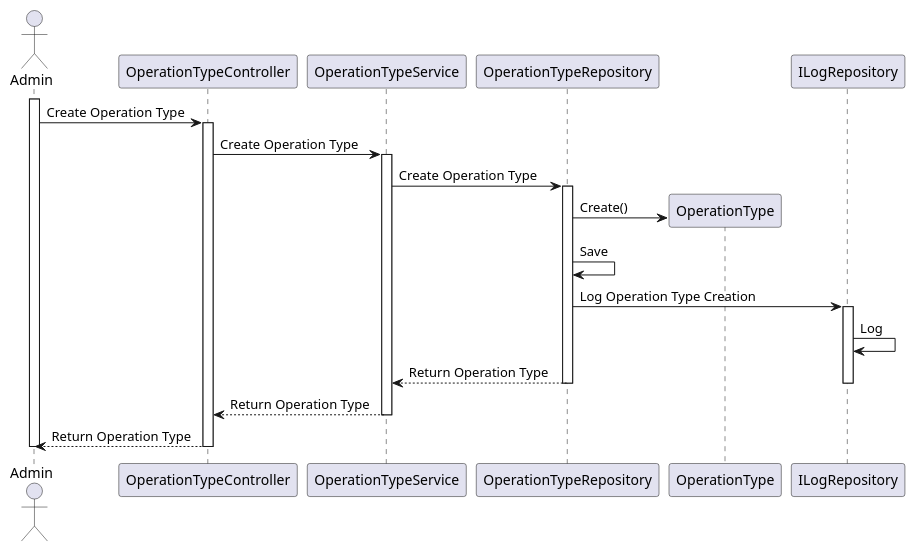
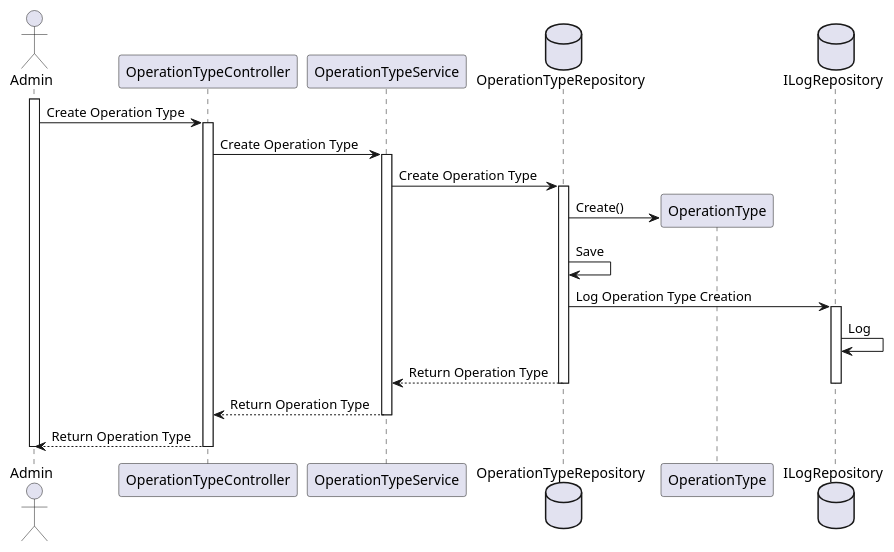
The diagram in docs/membros/1221276/US20-Level-3-View.puml (andredsferreira/p5sem-3dj-g59), drawn with PlantUML before and after one commit. The commit also changed 1 other file, not shown here.

```diff
--- a/docs/membros/1221276/US20-Level-3-View.puml
+++ b/docs/membros/1221276/US20-Level-3-View.puml
@@ -1,48 +1,48 @@
 @startuml
 
 ' 
 ' User Story: As an Admin, I want to add new types of operations, so that I can reflect the available medical procedures in the system.
 '
 ' Acceptance Criteria:
 ' 
 ' - Admins can add new operation types with attributes like:
 '   - Operation Name
 '   - Required Staff by Specialization
 '   - Estimated Duration
 ' - The system validates that the operation name is unique.
 ' - The system logs the creation of new operation types and makes them available for scheduling immediately.
 
 
 actor Admin as a
 participant OperationTypeController as otc
 participant OperationTypeService as ots
-participant OperationTypeRepository as otr
+database OperationTypeRepository as otr
 participant OperationType as ot
-participant ILogRepository as ilr
+database ILogRepository as ilr
 
 activate a
 a -> otc : Create Operation Type
 activate otc
 otc -> ots : Create Operation Type
 activate ots
 ots -> otr : Create Operation Type
 activate otr
 otr -> ot** : Create()
 otr -> otr : Save
 otr -> ilr : Log Operation Type Creation
 activate ilr
 ilr -> ilr : Log
 otr --> ots : Return Operation Type
 deactivate ilr
 deactivate otr
 ots --> otc : Return Operation Type
 deactivate ots
 otc --> a : Return Operation Type
 deactivate otc
 deactivate a
 
 
 
 
 
 @enduml
```
